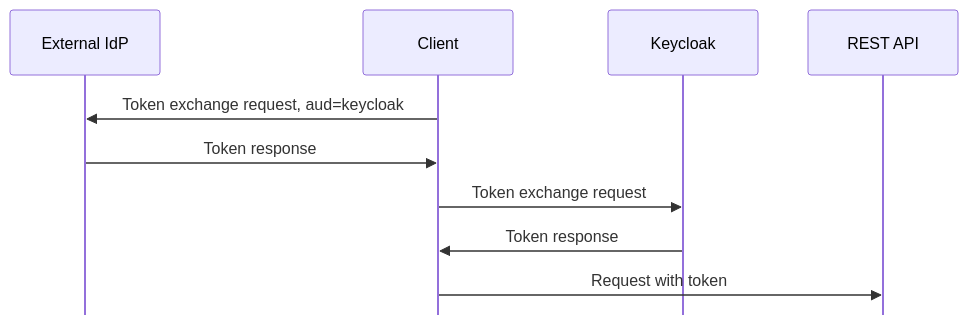
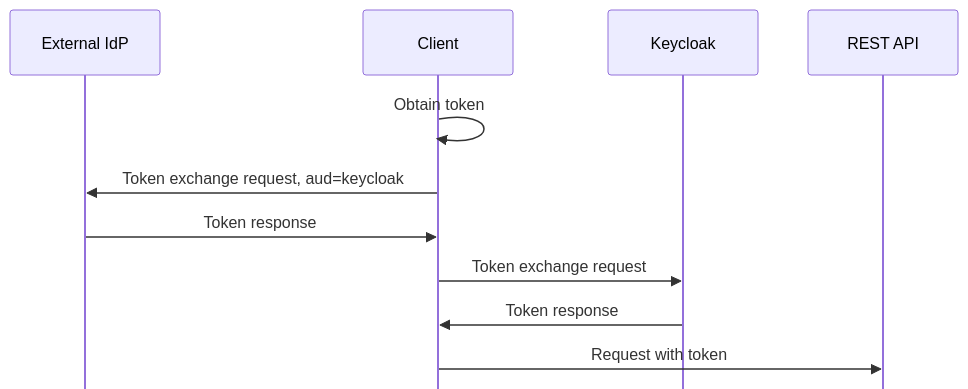
The fifth of 5 diagrams in seq/assertions.md (stianst/playground), drawn with Mermaid before and after one commit.

````diff
--- a/seq/assertions.md
+++ b/seq/assertions.md
@@ -84,16 +84,17 @@
 ```mermaid
 ---
 config:
     mirrorActors: false
 ---
 sequenceDiagram
     participant IDPA as External IdP
     participant C as Client
     participant IDPB as Keycloak
     participant RS as REST API
+    C->>C: Obtain token
     C->>IDPA: Token exchange request, aud=keycloak
     IDPA->>C: Token response
     C->>IDPB: Token exchange request
     IDPB->>C: Token response
     C->>RS: Request with token
 ```
````
